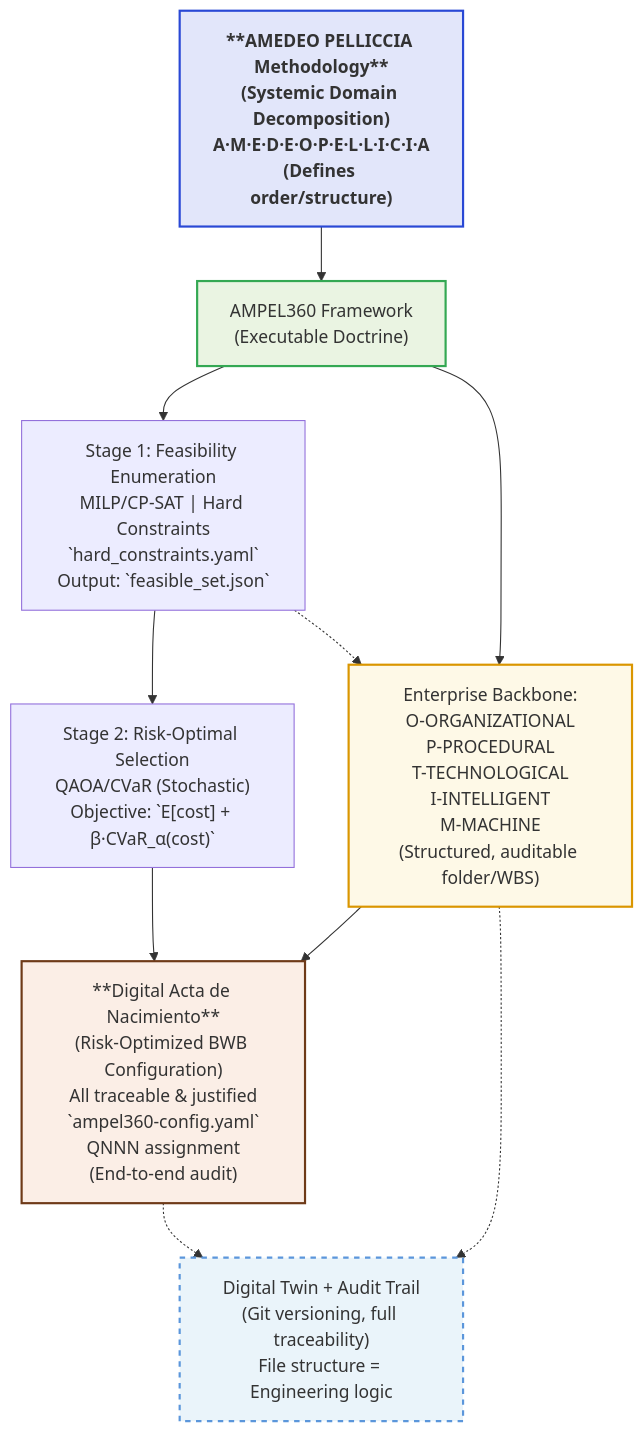
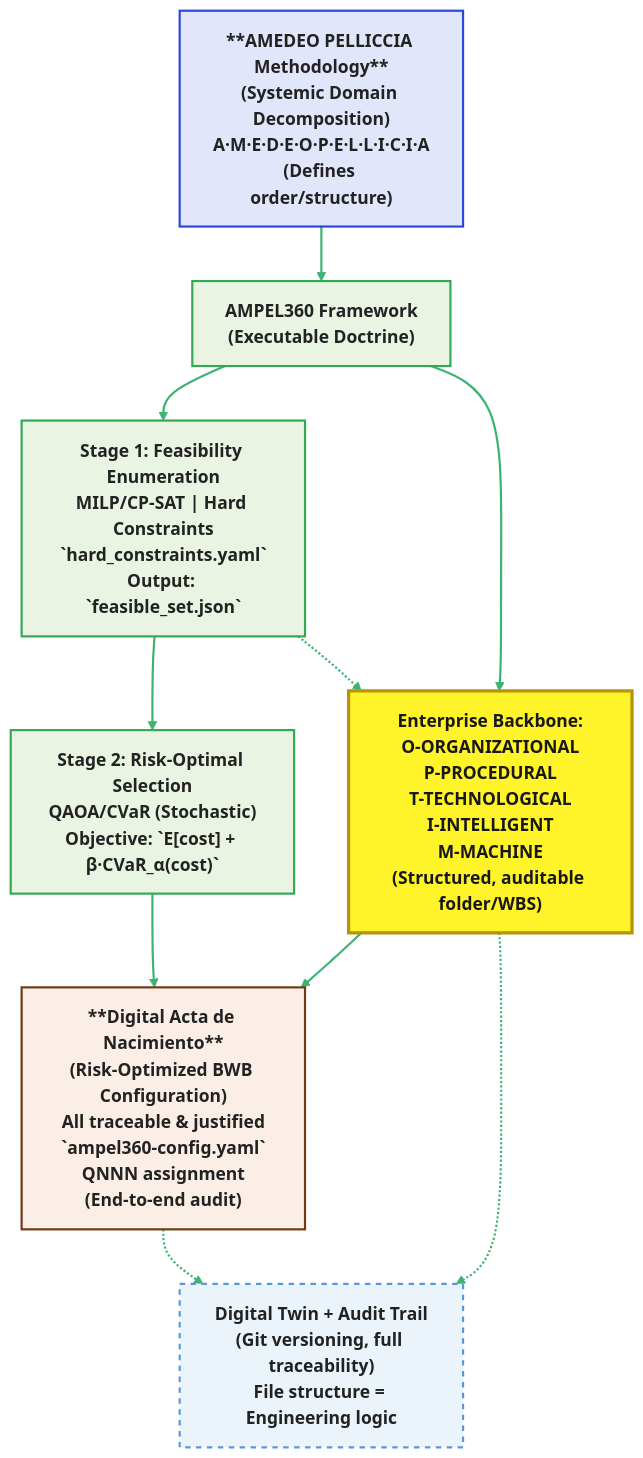
One commit to Robbbo-T/AMPEL360-BWB-Q changed the first of 3 diagrams in README.md. Above: the diagram before and after it, drawn with Mermaid. The commit also changed other lines of this file, not shown here.

````diff
--- a/README.md
+++ b/README.md
@@ -26,46 +26,43 @@
 ```mermaid
 flowchart TB
-    style AMEDEO fill:#e2e6fa,stroke:#2948d5,stroke-width:2px,font-weight:bold
-    style PIPELINE fill:#eaf4e2,stroke:#34a853,stroke-width:2px
-    style ENTERPRISE fill:#fef9e7,stroke:#da9600,stroke-width:2px
-    style ACTA fill:#fbeee6,stroke:#6e3a18,stroke-width:2px
-    style TWIN fill:#eaf4fa,stroke:#5b96db,stroke-width:2px,stroke-dasharray: 5 5
-
+    %% Main box nodes
     AMEDEO["**AMEDEO PELLICCIA Methodology**\n(Systemic Domain Decomposition)\nA·M·E·D·E·O·P·E·L·L·I·C·I·A\n(Defines order/structure)"]
-
     PIPELINE["AMPEL360 Framework\n(Executable Doctrine)"]
     FEA["Stage 1: Feasibility Enumeration\nMILP/CP-SAT | Hard Constraints\n`hard_constraints.yaml`\nOutput: `feasible_set.json`"]
     OPT["Stage 2: Risk-Optimal Selection\nQAOA/CVaR (Stochastic)\nObjective: `E[cost] + β·CVaR_α(cost)`"]
-
     ENTERPRISE["Enterprise Backbone:\nO-ORGANIZATIONAL\nP-PROCEDURAL\nT-TECHNOLOGICAL\nI-INTELLIGENT\nM-MACHINE\n(Structured, auditable folder/WBS)"]
-
     ACTA["**Digital Acta de Nacimiento**\n(Risk-Optimized BWB Configuration)\nAll traceable & justified\n`ampel360-config.yaml`\nQNNN assignment\n(End-to-end audit)"]
-
     TWIN["Digital Twin + Audit Trail\n(Git versioning, full traceability)\nFile structure = Engineering logic"]
 
-    %% Flow
+    %% Flow/logic
     AMEDEO --> PIPELINE
     PIPELINE --> FEA
     FEA --> OPT
     PIPELINE --> ENTERPRISE
     ENTERPRISE --> ACTA
     OPT --> ACTA
     ACTA -.-> TWIN
     ENTERPRISE -.-> TWIN
     FEA -.-> ENTERPRISE
 
-    %% Annotations
-    classDef doctrine fill:#e2e6fa,stroke:#2948d5,font-weight:bold
-    classDef pipeline fill:#eaf4e2,stroke:#34a853;
-    classDef backbone fill:#fef9e7,stroke:#da9600;
-    classDef outcome fill:#fbeee6,stroke:#6e3a18;
-    classDef twin fill:#eaf4fa,stroke:#5b96db,stroke-dasharray: 5 5;
+    %% Class styling (fills & DARK FONTS!)
+    classDef doctrine fill:#e2e6fa,stroke:#2948d5,stroke-width:2px,color:#222,font-weight:bold;
+    classDef pipeline fill:#eaf4e2,stroke:#34a853,stroke-width:2px,color:#222,font-weight:bold;
+    classDef backbone fill:#fff429,stroke:#b7950b,stroke-width:3px,color:#181818,font-weight:bold;
+    classDef outcome fill:#fbeee6,stroke:#6e3a18,stroke-width:2px,color:#222,font-weight:bold;
+    classDef twin fill:#eaf4fa,stroke:#5b96db,stroke-width:2px,stroke-dasharray: 5 5,color:#222,font-weight:bold;
+
     class AMEDEO doctrine;
     class PIPELINE pipeline;
+    class FEA pipeline;
+    class OPT pipeline;
     class ENTERPRISE backbone;
     class ACTA outcome;
     class TWIN twin;
 
-    %% Minor
+    %% All edges/links in TECHNOLOGICAL GREEN
+    linkStyle default stroke:#3cb371,stroke-width:2px;
+
+    %% Clickable Acta
     click ACTA "https://ampel360.com/docs/acta-nacimiento" "View Digital Acta"
 ```
````
